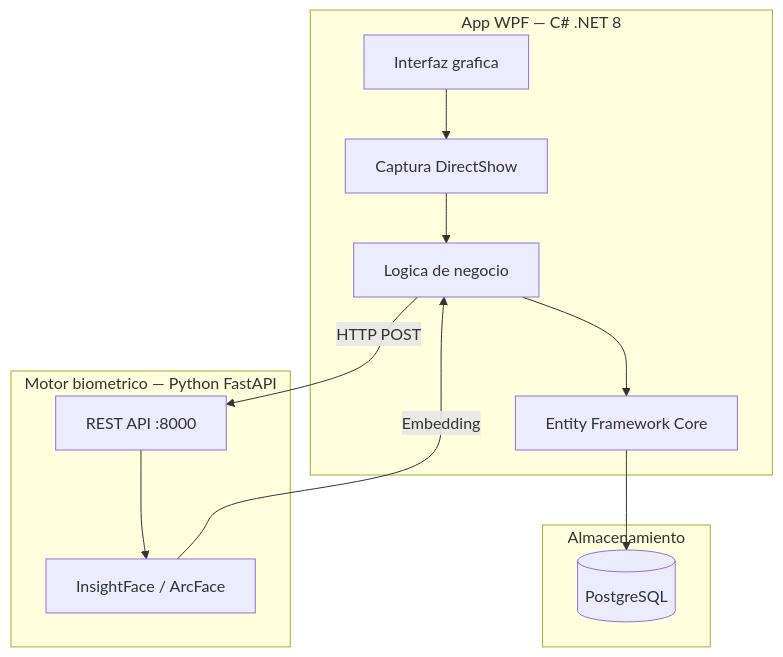
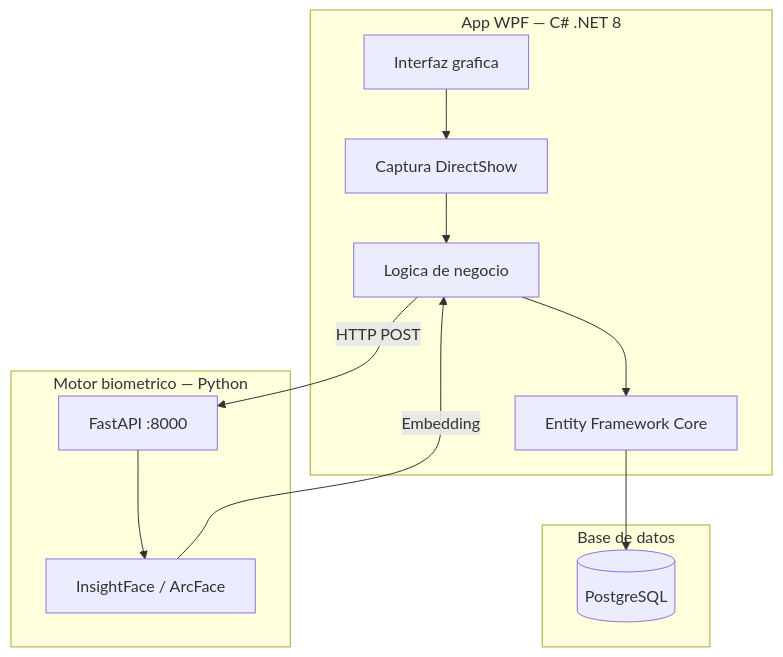
The diagram in docs/arquitectura/index.md (ramarstudio/RAMar_Repo), drawn with Mermaid before and after one commit. The commit also changed other lines of this file and 9 other files, not shown here.

````diff
--- a/docs/arquitectura/index.md
+++ b/docs/arquitectura/index.md
@@ -13,23 +5,23 @@
 ```mermaid
 graph TB
-    subgraph Desktop["App WPF — C# .NET 8"]
+    subgraph WPF["App WPF — C# .NET 8"]
         UI[Interfaz grafica]
         CAM[Captura DirectShow]
         BL[Logica de negocio]
         EF[Entity Framework Core]
     end
 
-    subgraph Python["Motor biometrico — Python FastAPI"]
-        API[REST API :8000]
+    subgraph PY["Motor biometrico — Python"]
+        API[FastAPI :8000]
         IF[InsightFace / ArcFace]
     end
 
-    subgraph DB["Almacenamiento"]
+    subgraph DB["Base de datos"]
         PG[(PostgreSQL)]
     end
 
     UI --> CAM --> BL
     BL -->|HTTP POST| API --> IF
     IF -->|Embedding| BL
     BL --> EF --> PG
 ```
````
